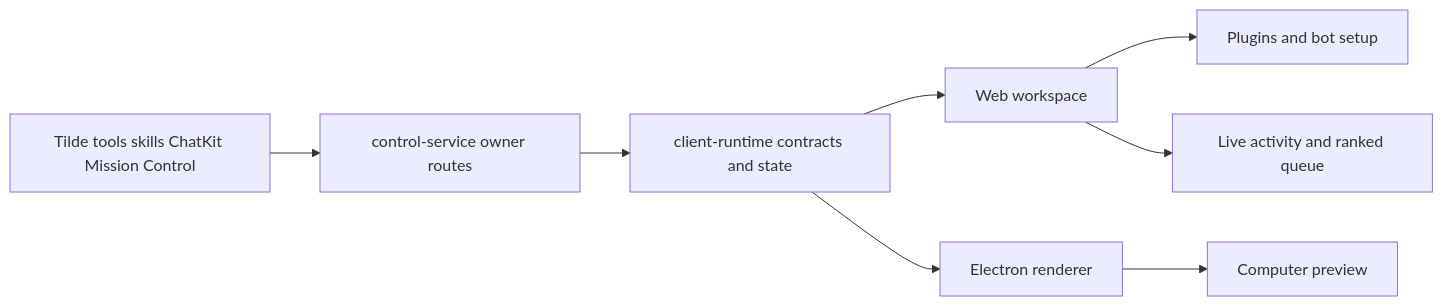
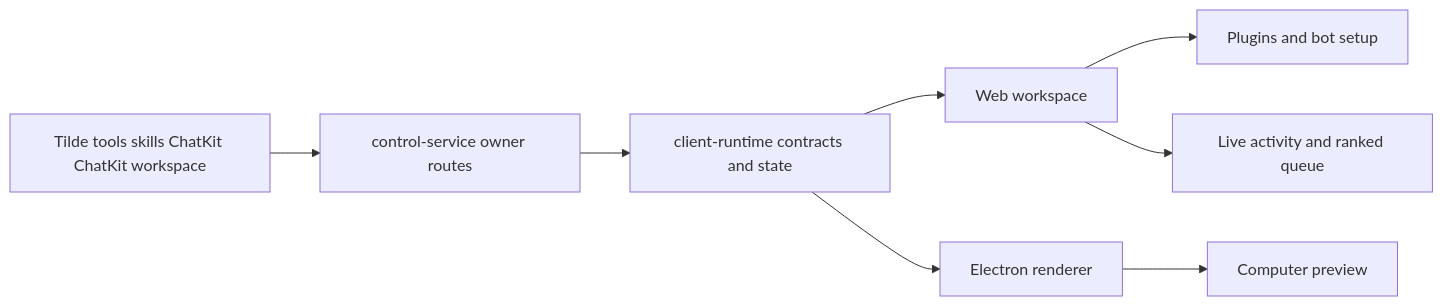
Before and after one commit to trytilde/dispatch: the diagram in docs/updates/80.md, drawn with Mermaid. The commit also changed other lines of this file and 51 other files, not shown here.

First line of the commit message:
feat(chat): adopt ChatKit realtime events (#101)

````diff
--- a/docs/updates/80.md
+++ b/docs/updates/80.md
@@ -16,10 +16,10 @@
 ```mermaid
 flowchart LR
-  T[Tilde tools skills ChatKit Mission Control] --> C[control-service owner routes]
+  T[Tilde tools skills ChatKit ChatKit workspace] --> C[control-service owner routes]
   C --> R[client-runtime contracts and state]
   R --> W[Web workspace]
   R --> E[Electron renderer]
   W --> P[Plugins and bot setup]
   W --> Q[Live activity and ranked queue]
   E --> V[Computer preview]
 ```
````
